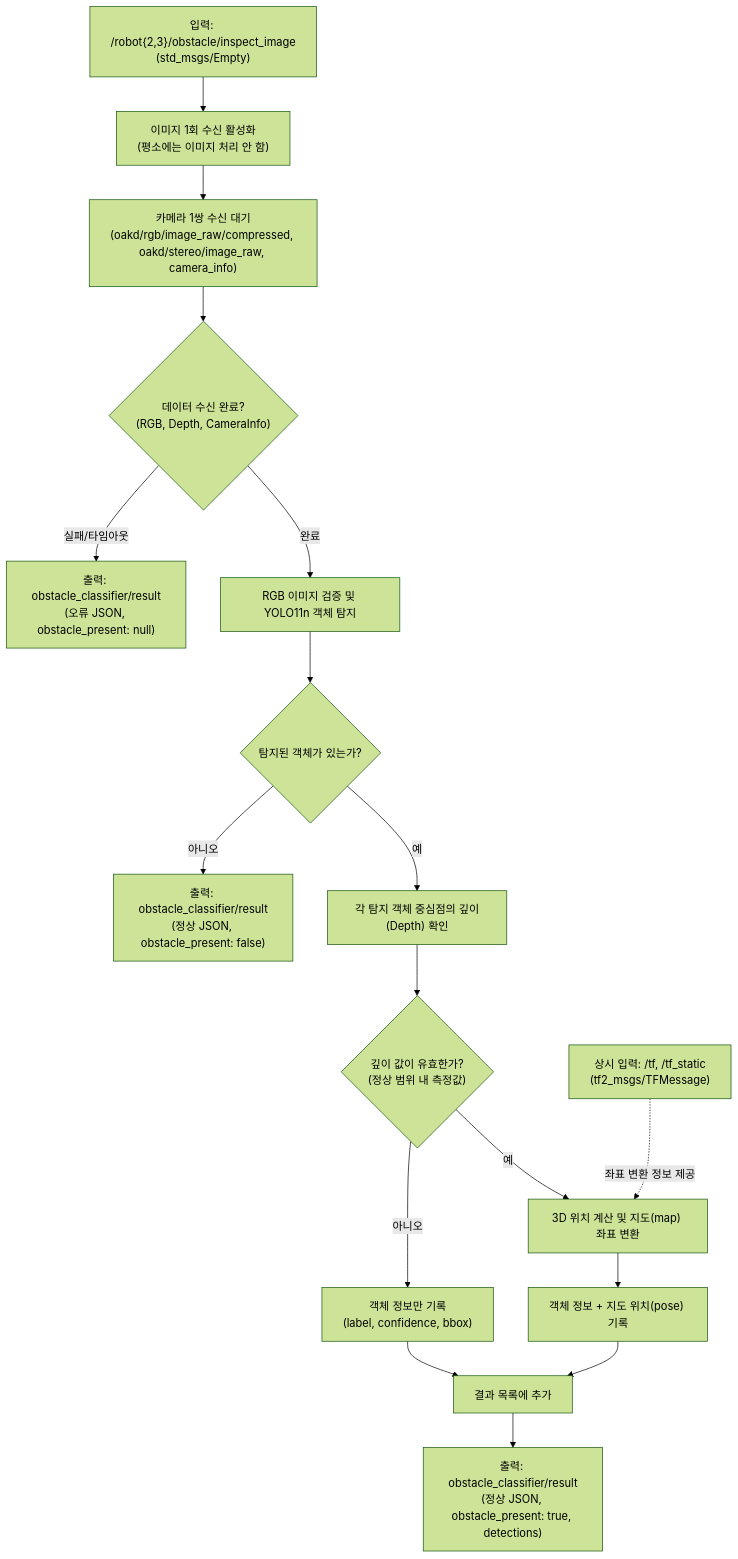
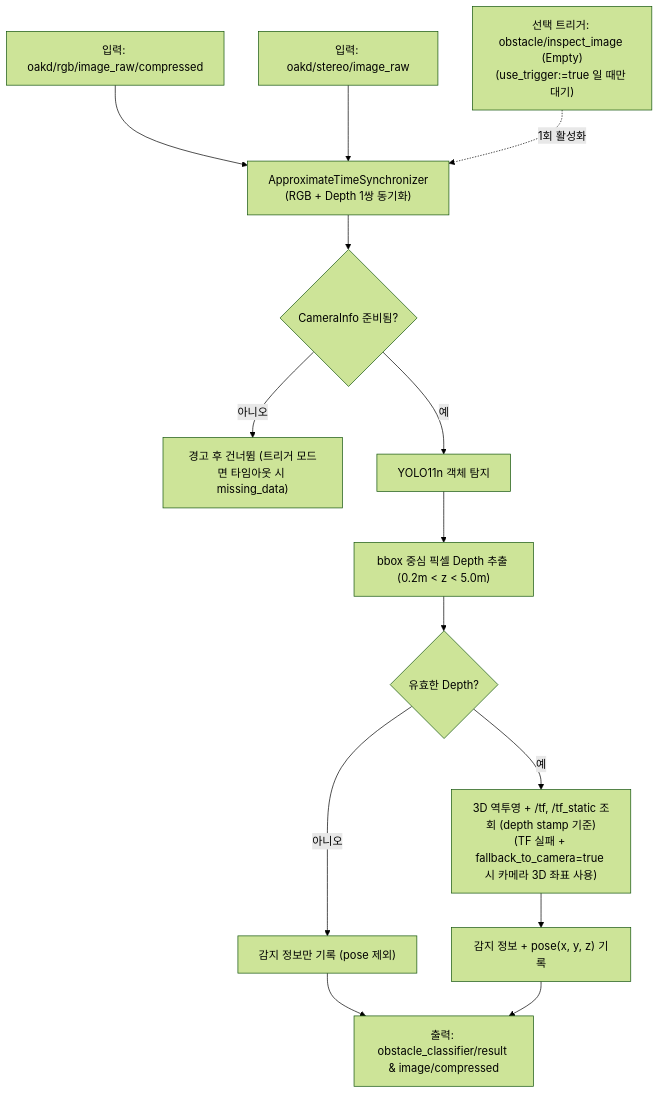
One commit to yg-gulbi/bad_autonoumous_delivery changed the second of 3 diagrams in src/part6_obstacle_classifier/DESIGN.md. Above: the diagram before and after it, drawn with Mermaid (forest theme). The commit also changed other lines of this file and 11 other files, not shown here.

````diff
--- a/src/part6_obstacle_classifier/DESIGN.md
+++ b/src/part6_obstacle_classifier/DESIGN.md
@@ -5,23 +38,18 @@
 ```mermaid
 flowchart TD
-    IN_EVT["입력: /robot{2,3}/obstacle/inspect_image<br/>(std_msgs/Empty)"] --> ARM["이미지 1회 수신 활성화<br/>(평소에는 이미지 처리 안 함)"]
-    ARM --> WAIT["카메라 1쌍 수신 대기<br/>(oakd/rgb/image_raw/compressed, oakd/stereo/image_raw, camera_info)"]
-    WAIT --> CHK{"데이터 수신 완료?<br/>(RGB, Depth, CameraInfo)"}
+    IN_RGB["입력: oakd/rgb/image_raw/compressed"] --> SYNC["ApproximateTimeSynchronizer<br/>(RGB + Depth 1쌍 동기화)"]
+    IN_DEP["입력: oakd/stereo/image_raw"] --> SYNC
+    IN_TRG["선택 트리거: obstacle/inspect_image (Empty)<br/>(use_trigger:=true 일 때만 대기)"] -. 1회 활성화 .-> SYNC
 
-    CHK -- 실패/타임아웃 --> ERR["출력: obstacle_classifier/result<br/>(오류 JSON, obstacle_present: null)"]
-    CHK -- 완료 --> DET["RGB 이미지 검증 및 YOLO11n 객체 탐지"]
+    SYNC --> CHK{"CameraInfo 준비됨?"}
+    CHK -- 아니오 --> SKIP["경고 후 건너뜀 (트리거 모드면 타임아웃 시 missing_data)"]
+    CHK -- 예 --> DET["YOLO11n 객체 탐지"]
 
-    DET --> HAS{"탐지된 객체가 있는가?"}
-    HAS -- 아니오 --> EMPTY["출력: obstacle_classifier/result<br/>(정상 JSON, obstacle_present: false)"]
-    HAS -- 예 --> DEPTH["각 탐지 객체 중심점의 깊이(Depth) 확인"]
-
-    DEPTH --> VALID{"깊이 값이 유효한가?<br/>(정상 범위 내 측정값)"}
-    VALID -- 아니오 --> INFO_ONLY["객체 정보만 기록<br/>(label, confidence, bbox)"]
-    VALID -- 예 --> MAP["3D 위치 계산 및 지도(map) 좌표 변환"]
-    IN_TF["상시 입력: /tf, /tf_static<br/>(tf2_msgs/TFMessage)"] -. 좌표 변환 정보 제공 .-> MAP
-
-    MAP --> WITH_POSE["객체 정보 + 지도 위치(pose) 기록"]
-    INFO_ONLY --> LIST["결과 목록에 추가"]
-    WITH_POSE --> LIST
-    LIST --> OK["출력: obstacle_classifier/result<br/>(정상 JSON, obstacle_present: true, detections)"]
+    DET --> DEPTH["bbox 중심 픽셀 Depth 추출 (0.2m < z < 5.0m)"]
+    DEPTH --> VALID{"유효한 Depth?"}
+    VALID -- 아니오 --> NO_POSE["감지 정보만 기록 (pose 제외)"]
+    VALID -- 예 --> TF["3D 역투영 + /tf, /tf_static 조회 (depth stamp 기준)<br/>(TF 실패 + fallback_to_camera=true 시 카메라 3D 좌표 사용)"]
+    TF --> WITH_POSE["감지 정보 + pose(x, y, z) 기록"]
+    NO_POSE --> PUB["출력: obstacle_classifier/result & image/compressed"]
+    WITH_POSE --> PUB
 ```
````
